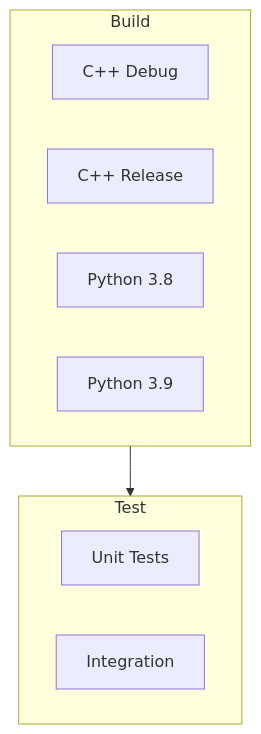
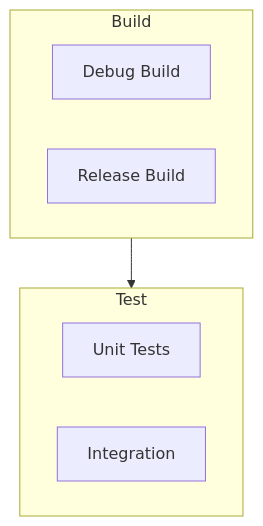
Before and after one commit to jlheater/test-project-123456: the third of 3 diagrams in docs/ci-cd/parallel-execution.md, drawn with Mermaid. The commit also changed other lines of this file and 11 other files, not shown here.

Commit message:
Enhance documentation for system requirements and build process, including a structured table of contents and updates to makefile usage for C++ and Python projects.

````diff
--- a/docs/ci-cd/parallel-execution.md
+++ b/docs/ci-cd/parallel-execution.md
@@ -189,16 +206,14 @@
 ```mermaid
 flowchart TD
     Build["Build Stage"] --> Test["Test Stage"]
     
     subgraph Build
-        CPP1["C++ Debug"]
-        CPP2["C++ Release"]
-        PY1["Python 3.8"]
-        PY2["Python 3.9"]
+        Debug["Debug Build"]
+        Release["Release Build"]
     end
     
     subgraph Test
-        Test1["Unit Tests"]
-        Test2["Integration"]
+        Unit["Unit Tests"]
+        Integration["Integration"]
     end
 ```
````
